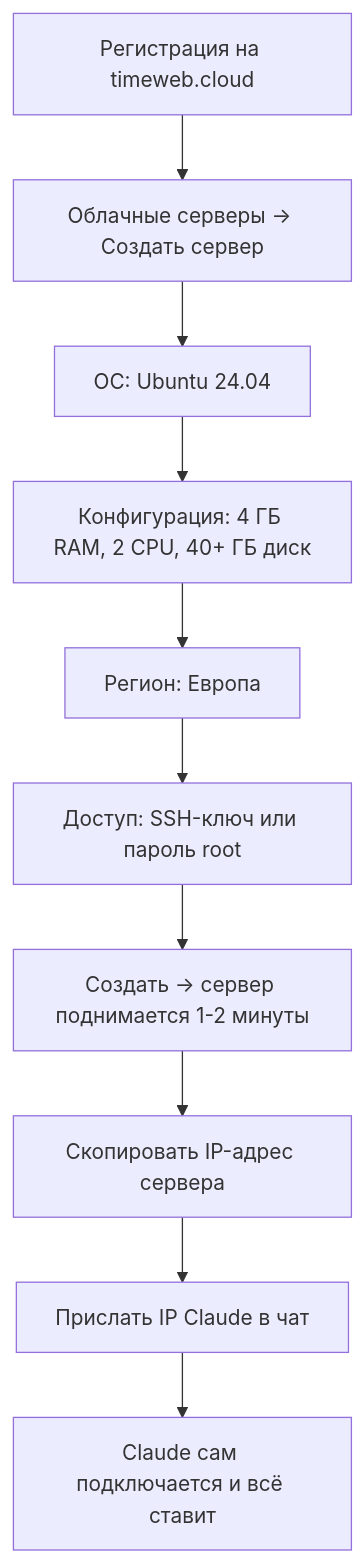
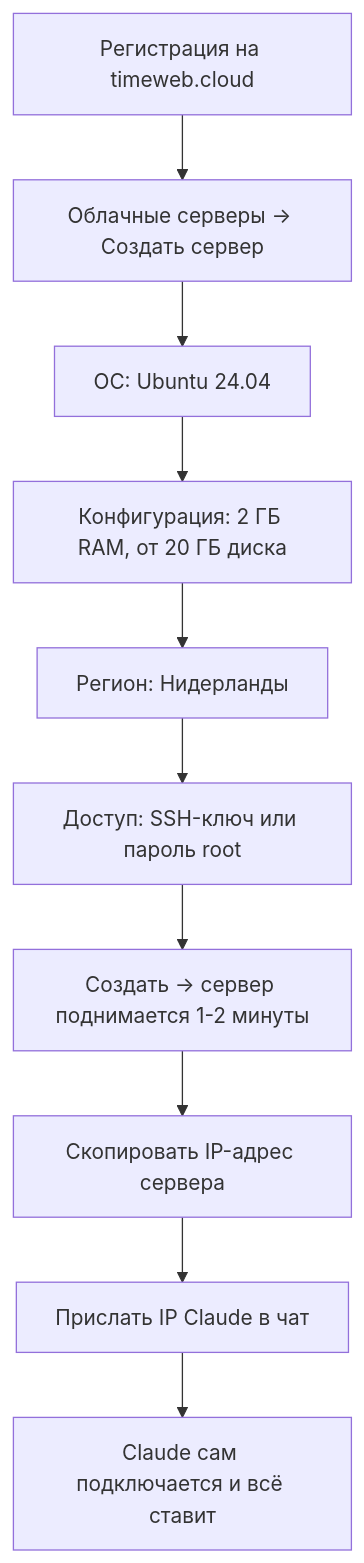
Before and after one commit to batoni1466-wq/claude-server-kit: the diagram in docs/02-timeweb-setup.md, drawn with Mermaid. The commit also changed other lines of this file and 6 other files, not shown here.

````diff
--- a/docs/02-timeweb-setup.md
+++ b/docs/02-timeweb-setup.md
@@ -16,12 +16,12 @@
 ```mermaid
 flowchart TD
     A[Регистрация на timeweb.cloud] --> B[Облачные серверы → Создать сервер]
     B --> C[ОС: Ubuntu 24.04]
-    C --> D[Конфигурация: 4 ГБ RAM, 2 CPU, 40+ ГБ диск]
-    D --> E[Регион: Европа]
+    C --> D[Конфигурация: 2 ГБ RAM, от 20 ГБ диска]
+    D --> E[Регион: Нидерланды]
     E --> F[Доступ: SSH-ключ или пароль root]
     F --> G[Создать → сервер поднимается 1-2 минуты]
     G --> H[Скопировать IP-адрес сервера]
     H --> I[Прислать IP Claude в чат]
     I --> J[Claude сам подключается и всё ставит]
 ```
````
